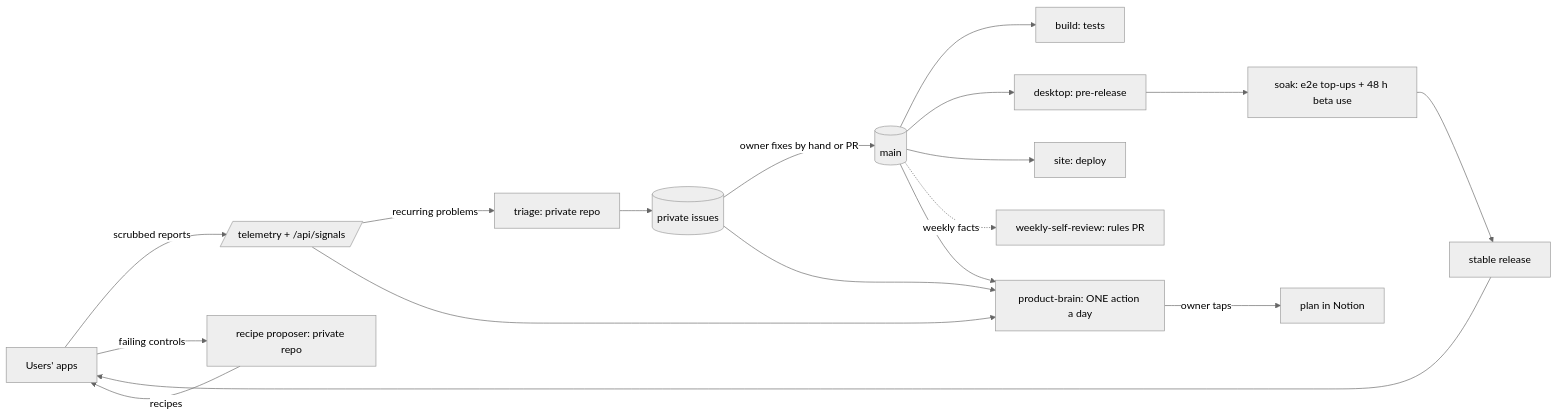
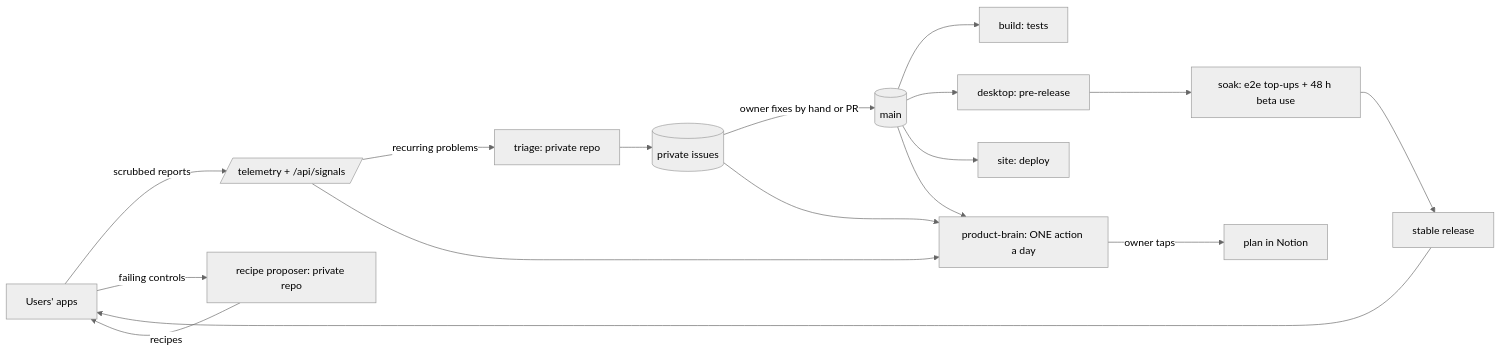
One commit to GarryOne/job-pilotto changed the diagram in docs/HOW-IT-RUNS.md. Above: the diagram before and after it, drawn with Mermaid (neutral theme). The commit also changed other lines of this file and 7 other files, not shown here.

Commit message:
Retire the weekly self-review workflow and its PRs

````diff
--- a/docs/HOW-IT-RUNS.md
+++ b/docs/HOW-IT-RUNS.md
@@ -14,11 +14,10 @@
 ```mermaid
 flowchart LR
   apps[Users' apps] -- scrubbed reports --> tel[/telemetry + /api/signals/]
   apps -- failing controls --> prop[recipe proposer: private repo] -- recipes --> apps
   tel -- recurring problems --> triage[triage: private repo] --> issues[(private issues)]
   issues -- owner fixes by hand or PR --> main[(main)]
   main --> ci[build: tests] & desktop[desktop: pre-release] & site[site: deploy]
   desktop --> canary[soak: e2e top-ups + 48 h beta use] --> stable[stable release] --> apps
-  main -. weekly facts .-> review[weekly-self-review: rules PR]
   tel & issues & main --> brain[product-brain: ONE action a day] -- owner taps --> plan[plan in Notion]
 ```
````
